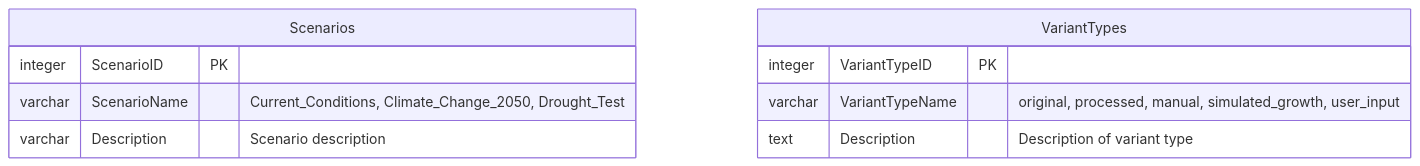
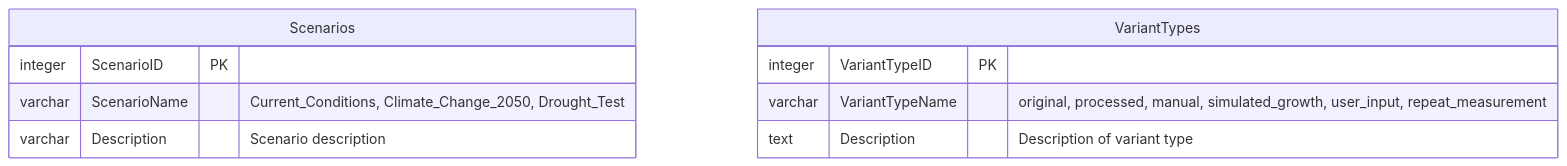
One commit to XRFutureForests/digital-twin-db changed the fourth of 11 diagrams in docs/database-schema.md. Above: the diagram before and after it, drawn with Mermaid. The commit also changed 5 other files, not shown here.

Commit message:
feat: Update variant types to include 'repeat_measurement' and enhance documentation

````diff
--- a/docs/database-schema.md
+++ b/docs/database-schema.md
@@ -201,14 +201,14 @@
 ```mermaid
 erDiagram
     Scenarios {
         integer ScenarioID PK
         varchar ScenarioName "Current_Conditions, Climate_Change_2050, Drought_Test"
         varchar Description "Scenario description"
     }
 
     VariantTypes {
         integer VariantTypeID PK
-        varchar VariantTypeName "original, processed, manual, simulated_growth, user_input"
+        varchar VariantTypeName "original, processed, manual, simulated_growth, user_input, repeat_measurement"
         text Description "Description of variant type"
     }
 ```
````
